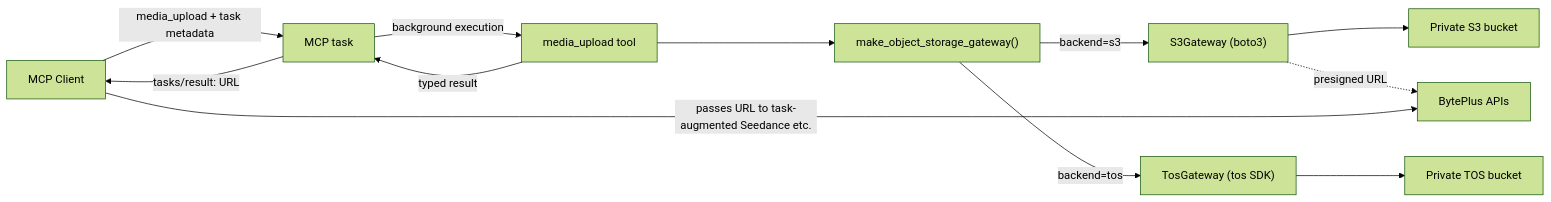
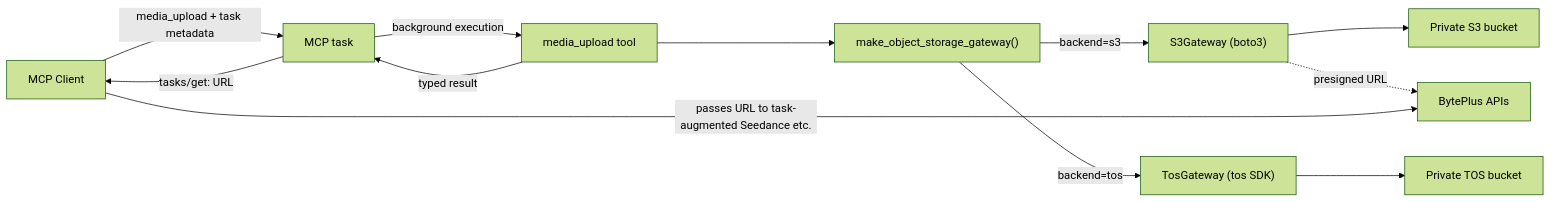
One commit to byteplus-sa/modelark-mcp changed the first of 3 diagrams in docs/s3-object-storage.md. Above: the diagram before and after it, drawn with Mermaid (forest theme). The commit also changed other lines of this file and 12 other files, not shown here.

````diff
--- a/docs/s3-object-storage.md
+++ b/docs/s3-object-storage.md
@@ -26,14 +26,14 @@
 ```mermaid
 flowchart LR
     Client["MCP Client"] -->|"media_upload + task metadata"| Task["MCP task"]
     Task -->|"background execution"| Tool["media_upload tool"]
     Tool --> Factory["make_object_storage_gateway()"]
     Factory -->|"backend=s3"| S3GW["S3Gateway (boto3)"]
     Factory -->|"backend=tos"| TOSGW["TosGateway (tos SDK)"]
     S3GW --> S3["Private S3 bucket"]
     TOSGW --> TOS["Private TOS bucket"]
     S3GW -.->|"presigned URL"| BytePlus["BytePlus APIs"]
     Tool -->|"typed result"| Task
-    Task -->|"tasks/result: URL"| Client
+    Task -->|"tasks/get: URL"| Client
     Client -->|"passes URL to task-augmented Seedance etc."| BytePlus
 ```
````
